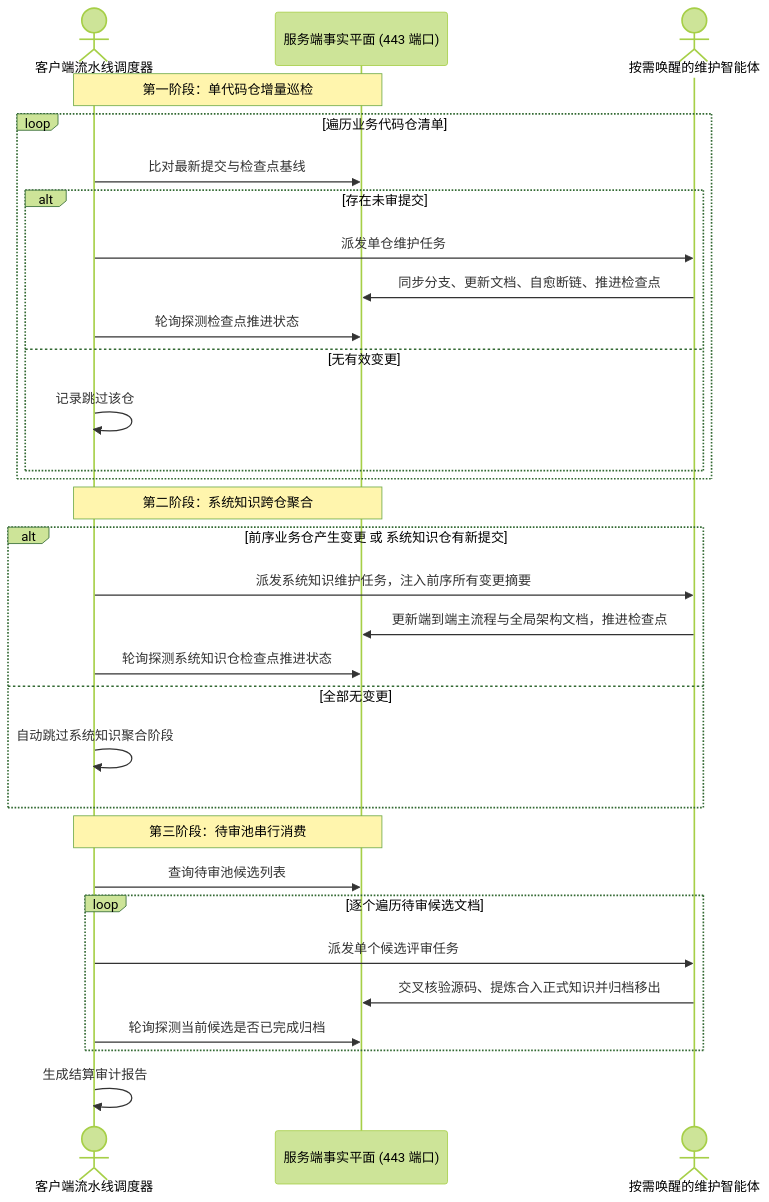
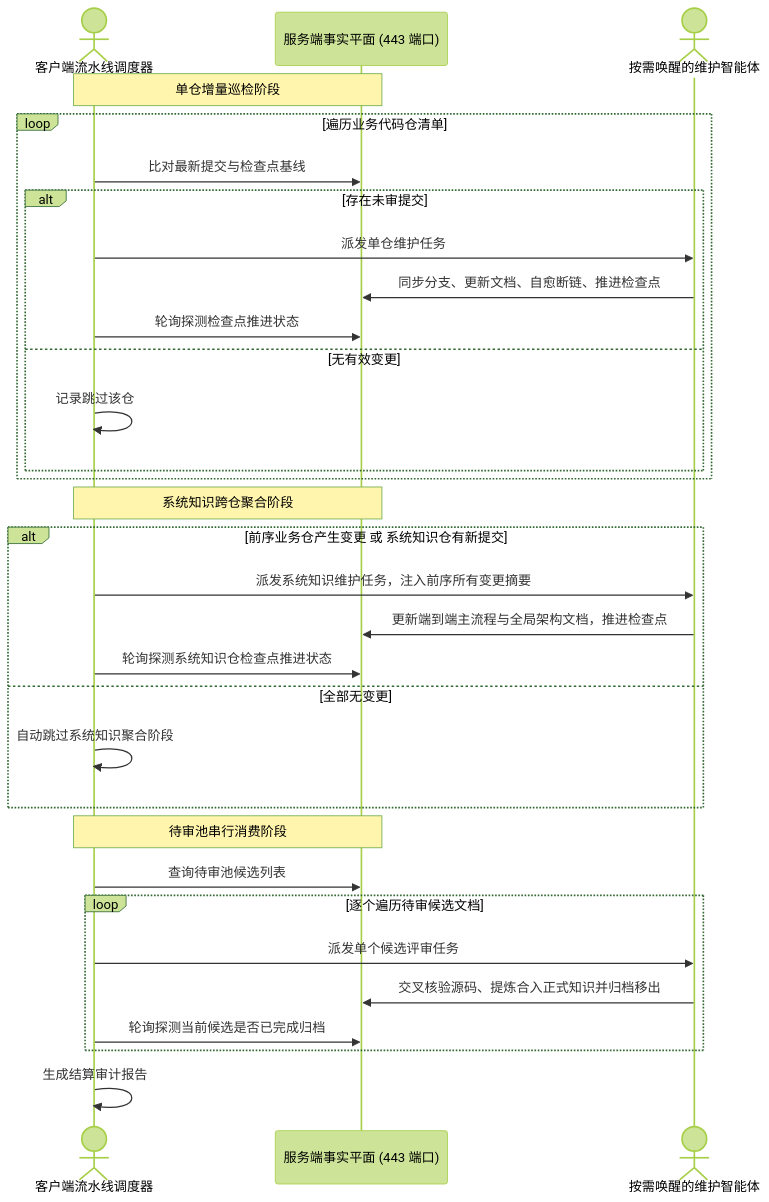
The third of 3 diagrams in docs/workflow.md (fjay/knowledge-dock), drawn with Mermaid (forest theme) before and after one commit. The commit also changed other lines of this file and 9 other files, not shown here.

Commit message:
docs: rewrite all documentation with concise table-driven invariant architecture style

````diff
--- a/docs/workflow.md
+++ b/docs/workflow.md
@@ -122,37 +159,37 @@
 ```mermaid
 sequenceDiagram
     actor Orchestrator as 客户端流水线调度器
     participant Server as 服务端事实平面 (443 端口)
     actor Worker as 按需唤醒的维护智能体
 
-    Note over Orchestrator,Server: 第一阶段：单代码仓增量巡检
+    Note over Orchestrator,Server: 单仓增量巡检阶段
     loop 遍历业务代码仓清单
         Orchestrator->>Server: 比对最新提交与检查点基线
         alt 存在未审提交
             Orchestrator->>Worker: 派发单仓维护任务
             Worker->>Server: 同步分支、更新文档、自愈断链、推进检查点
             Orchestrator->>Server: 轮询探测检查点推进状态
         else 无有效变更
             Orchestrator->>Orchestrator: 记录跳过该仓
         end
     end
 
-    Note over Orchestrator,Server: 第二阶段：系统知识跨仓聚合
+    Note over Orchestrator,Server: 系统知识跨仓聚合阶段
     alt 前序业务仓产生变更 或 系统知识仓有新提交
         Orchestrator->>Worker: 派发系统知识维护任务，注入前序所有变更摘要
         Worker->>Server: 更新端到端主流程与全局架构文档，推进检查点
         Orchestrator->>Server: 轮询探测系统知识仓检查点推进状态
     else 全部无变更
         Orchestrator->>Orchestrator: 自动跳过系统知识聚合阶段
     end
 
-    Note over Orchestrator,Server: 第三阶段：待审池串行消费
+    Note over Orchestrator,Server: 待审池串行消费阶段
     Orchestrator->>Server: 查询待审池候选列表
     loop 逐个遍历待审候选文档
         Orchestrator->>Worker: 派发单个候选评审任务
         Worker->>Server: 交叉核验源码、提炼合入正式知识并归档移出
         Orchestrator->>Server: 轮询探测当前候选是否已完成归档
     end
 
     Orchestrator->>Orchestrator: 生成结算审计报告
 ```
````
